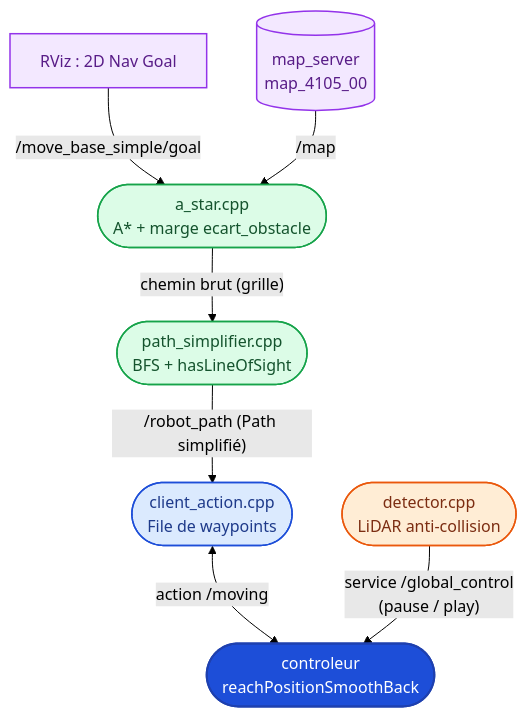
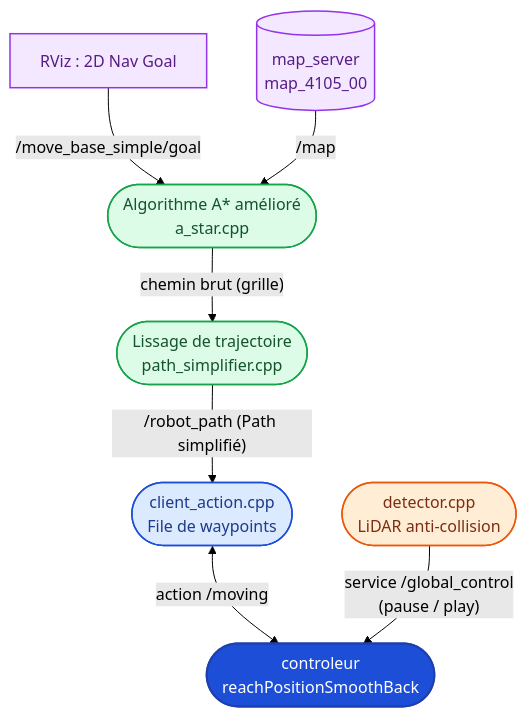
Diagram 18 of 18 in robotique_et_navigation/Rapport/Rapport.md (benoitdekeyn/E4SE_TD_TP), drawn with Mermaid (forest theme) before and after one commit. The commit also changed other lines of this file and 1 other file, not shown here.

````diff
--- a/robotique_et_navigation/Rapport/Rapport.md
+++ b/robotique_et_navigation/Rapport/Rapport.md
@@ -1166,25 +1570,25 @@
 ```mermaid
 flowchart TB
     RVIZ["`RViz : 2D Nav Goal`"]
     MAP[("`map_server<br/>map_4105_00`")]
-    ASTAR(["`a_star.cpp<br/>A* + marge ecart_obstacle`"])
-    SIMP(["`path_simplifier.cpp<br/>BFS + hasLineOfSight`"])
+    ASTAR(["`Algorithme A* amélioré<br/>a_star.cpp`"])
+    SIMP(["`Lissage de trajectoire<br/>path_simplifier.cpp`"])
     CACT(["`client_action.cpp<br/>File de waypoints`"])
     CTRL(["`controleur<br/>reachPositionSmoothBack`"])
     DET(["`detector.cpp<br/>LiDAR anti-collision`"])
 
     RVIZ -->|"/move_base_simple/goal"| ASTAR
     MAP -->|"/map"| ASTAR
     ASTAR -->|"chemin brut (grille)"| SIMP
     SIMP -->|"/robot_path (Path simplifié)"| CACT
     CACT <-->|"action /moving"| CTRL
     DET -->|"service /global_control<br/>(pause / play)"| CTRL
 
     style RVIZ fill:#f3e8ff,stroke:#9333ea,stroke-width:1.5px,color:#581c87
     style MAP fill:#f3e8ff,stroke:#9333ea,stroke-width:1.5px,color:#581c87
     style ASTAR fill:#dcfce7,stroke:#16a34a,stroke-width:1.5px,color:#14532d
     style SIMP fill:#dcfce7,stroke:#16a34a,stroke-width:1.5px,color:#14532d
     style CACT fill:#dbeafe,stroke:#1d4ed8,stroke-width:1.5px,color:#1e3a8a
     style CTRL fill:#1d4ed8,stroke:#1e40af,stroke-width:2px,color:#ffffff
     style DET fill:#ffedd5,stroke:#ea580c,stroke-width:1.5px,color:#7c2d12
 ```
````
